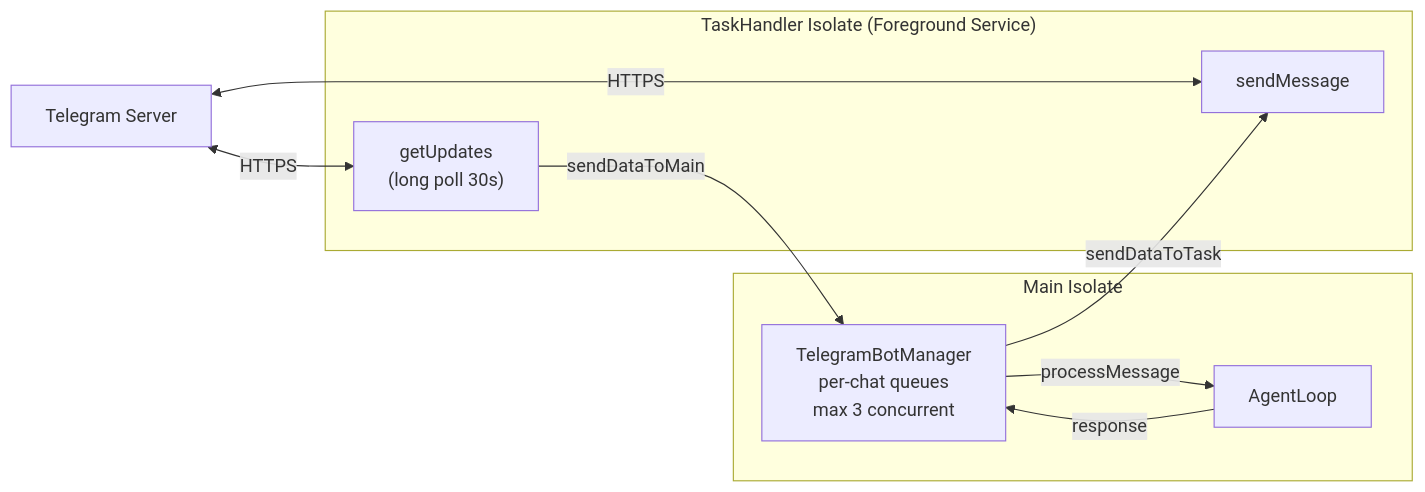
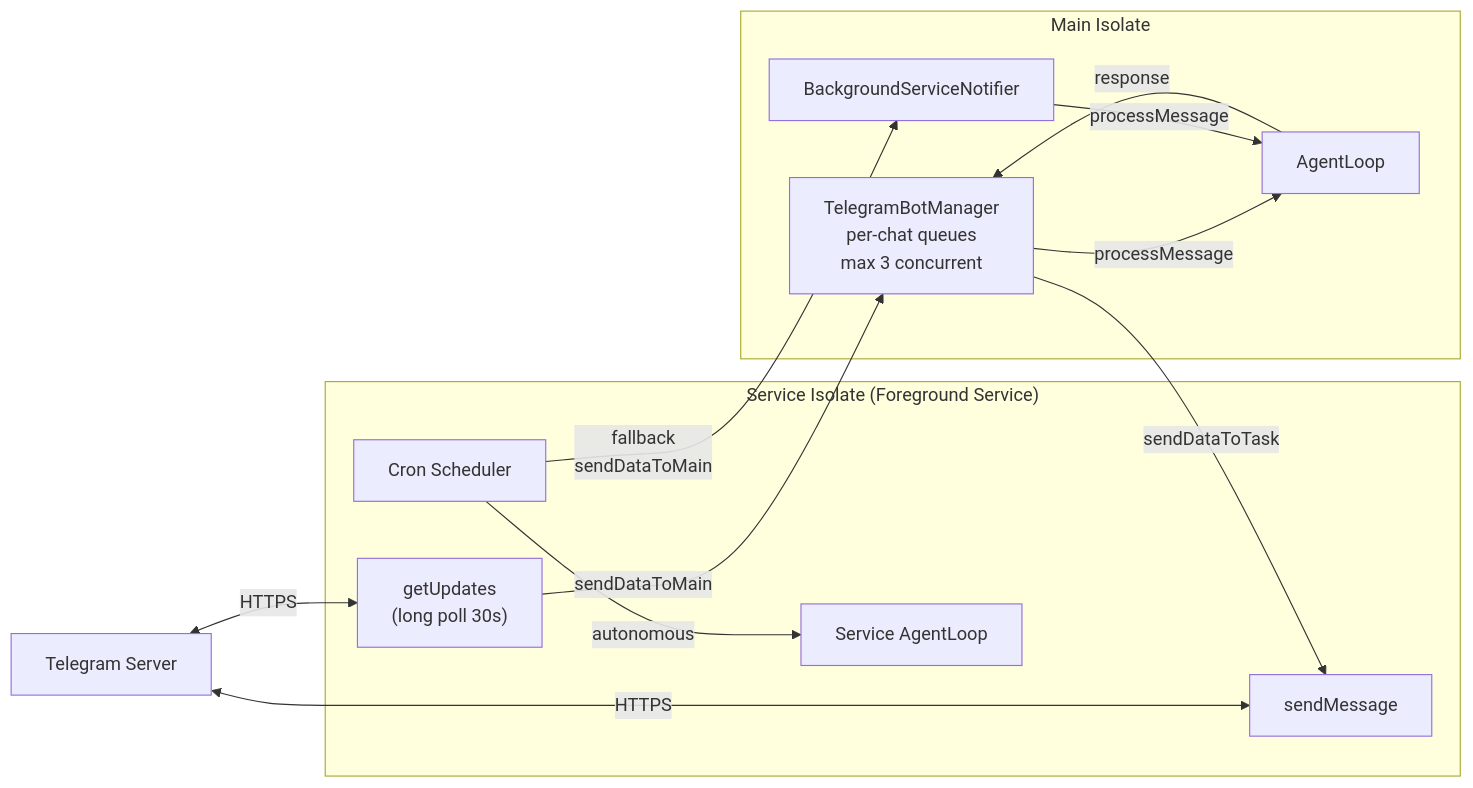
One commit to dgirard/droidclaw changed the third of 3 diagrams in README.md. Above: the diagram before and after it, drawn with Mermaid. The commit also changed other lines of this file, not shown here.

First line of the commit message:
docs: update README with decoupled architecture and autonomous cron

````diff
--- a/README.md
+++ b/README.md
@@ -118,19 +124,25 @@
 ```mermaid
 graph LR
-    subgraph "TaskHandler Isolate (Foreground Service)"
+    subgraph "Service Isolate (Foreground Service)"
         GP["getUpdates\n(long poll 30s)"]
         SM2["sendMessage"]
+        CR["Cron Scheduler"]
+        SAL2["Service AgentLoop"]
     end
 
     subgraph "Main Isolate"
+        BGN["BackgroundServiceNotifier"]
         BM["TelegramBotManager\nper-chat queues\nmax 3 concurrent"]
         AL2["AgentLoop"]
     end
 
     TG2["Telegram Server"] <-->|"HTTPS"| GP
     TG2 <-->|"HTTPS"| SM2
     GP -->|"sendDataToMain"| BM
     BM -->|"processMessage"| AL2
     AL2 -->|"response"| BM
     BM -->|"sendDataToTask"| SM2
+    CR -->|"autonomous"| SAL2
+    CR -->|"fallback\nsendDataToMain"| BGN
+    BGN -->|"processMessage"| AL2
 ```
````
